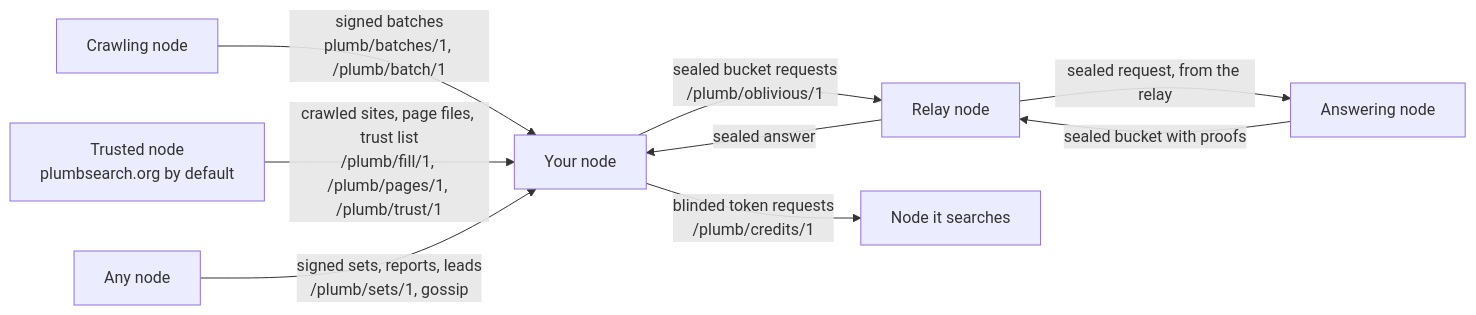
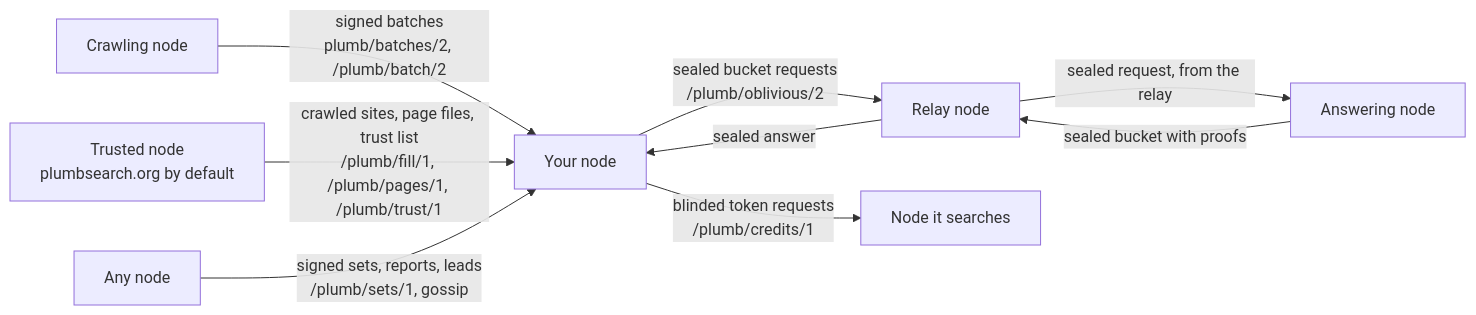
Before and after one commit to SueHeir/plumb-search: the first of 3 diagrams in docs/network.md, drawn with Mermaid. The commit also changed other lines of this file and 17 other files, not shown here.

First line of the commit message:
Carry sites as items in crawl batches and bucket answers (v0.4.0)

````diff
--- a/docs/network.md
+++ b/docs/network.md
@@ -26,11 +26,11 @@
 ```mermaid
 flowchart LR
-  crawler["Crawling node"] -->|"signed batches<br/>plumb/batches/1, /plumb/batch/1"| node["Your node"]
+  crawler["Crawling node"] -->|"signed batches<br/>plumb/batches/2, /plumb/batch/2"| node["Your node"]
   trusted["Trusted node<br/>plumbsearch.org by default"] -->|"crawled sites, page files, trust list<br/>/plumb/fill/1, /plumb/pages/1, /plumb/trust/1"| node
   anynode["Any node"] -->|"signed sets, reports, leads<br/>/plumb/sets/1, gossip"| node
-  node -->|"sealed bucket requests<br/>/plumb/oblivious/1"| relay["Relay node"]
+  node -->|"sealed bucket requests<br/>/plumb/oblivious/2"| relay["Relay node"]
   relay -->|"sealed request, from the relay"| answerer["Answering node"]
   answerer -->|"sealed bucket with proofs"| relay
   relay -->|"sealed answer"| node
   node -->|"blinded token requests<br/>/plumb/credits/1"| issuer["Node it searches"]
 ```
````
